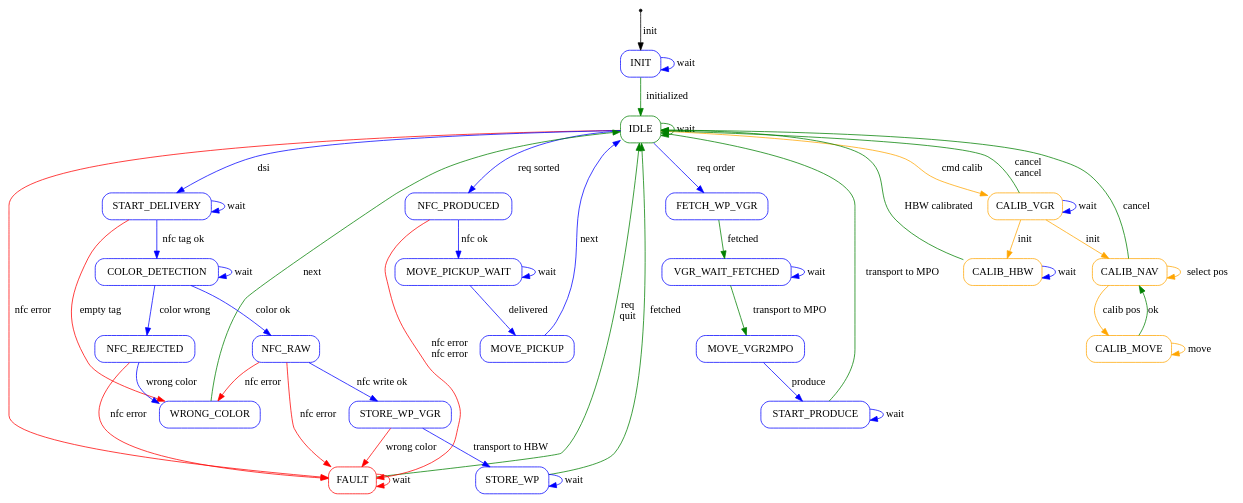
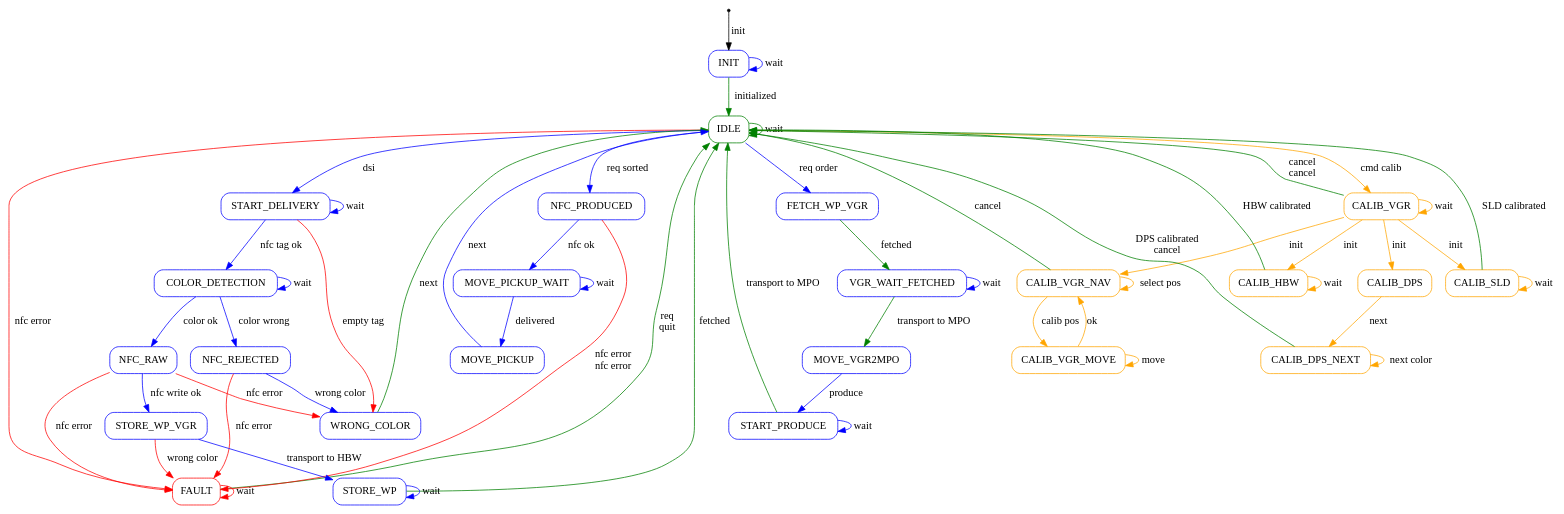
One commit to fischertechnik/txt_training_factory changed the diagram in TxtSmartFactoryLib/doc/DocFsm/TxtVacuumGripperRobotRun.gv. Above: the diagram before and after it, drawn with Graphviz. The commit also changed 45 other files, not shown here.

```diff
--- a/TxtSmartFactoryLib/doc/DocFsm/TxtVacuumGripperRobotRun.gv
+++ b/TxtSmartFactoryLib/doc/DocFsm/TxtVacuumGripperRobotRun.gv
@@ -1,74 +1,84 @@
 digraph "generated by DocFsm" {
 	node [shape = Mrecord];
 	IDLE_0 [color = green, label = "IDLE"];
 	FAULT_0 [color = red, label = "FAULT"];
 	INIT_0 [color = blue, label = "INIT"];
 	NFC_PRODUCED_0 [color = blue, label = "NFC_PRODUCED"];
 	FETCH_WP_VGR_0 [color = blue, label = "FETCH_WP_VGR"];
 	START_DELIVERY_0 [color = blue, label = "START_DELIVERY"];
 	CALIB_VGR_0 [color = orange, label = "CALIB_VGR"];
 	VGR_WAIT_FETCHED_0 [color = blue, label = "VGR_WAIT_FETCHED"];
 	MOVE_VGR2MPO_0 [color = blue, label = "MOVE_VGR2MPO"];
 	START_PRODUCE_0 [color = blue, label = "START_PRODUCE"];
 	WRONG_COLOR_0 [color = blue, label = "WRONG_COLOR"];
 	COLOR_DETECTION_0 [color = blue, label = "COLOR_DETECTION"];
 	NFC_RAW_0 [color = blue, label = "NFC_RAW"];
 	NFC_REJECTED_0 [color = blue, label = "NFC_REJECTED"];
 	STORE_WP_VGR_0 [color = blue, label = "STORE_WP_VGR"];
 	MOVE_PICKUP_WAIT_0 [color = blue, label = "MOVE_PICKUP_WAIT"];
 	MOVE_PICKUP_0 [color = blue, label = "MOVE_PICKUP"];
 	STORE_WP_0 [color = blue, label = "STORE_WP"];
 	CALIB_HBW_0 [color = orange, label = "CALIB_HBW"];
-	CALIB_NAV_0 [color = orange, label = "CALIB_NAV"];
-	CALIB_MOVE_0 [color = orange, label = "CALIB_MOVE"];
+	CALIB_VGR_NAV_0 [color = orange, label = "CALIB_VGR_NAV"];
+	CALIB_DPS_0 [color = orange, label = "CALIB_DPS"];
+	CALIB_SLD_0 [color = orange, label = "CALIB_SLD"];
+	CALIB_DPS_NEXT_0 [color = orange, label = "CALIB_DPS_NEXT"];
+	CALIB_VGR_MOVE_0 [color = orange, label = "CALIB_VGR_MOVE"];
 	entry0_0 [shape = point, label = "entry0"];
 	IDLE_0 -> FAULT_0 [color = red, label = "nfc error"];
 	IDLE_0 -> NFC_PRODUCED_0 [color = blue, label = "req sorted"];
 	IDLE_0 -> FETCH_WP_VGR_0 [color = blue, label = "req order"];
 	IDLE_0 -> START_DELIVERY_0 [color = blue, label = "dsi"];
 	IDLE_0 -> CALIB_VGR_0 [color = orange, label = "cmd calib"];
 	IDLE_0 -> IDLE_0 [color = green, label = "wait"];
 	FAULT_0 -> IDLE_0 [color = green, label = "req\nquit"];
 	FAULT_0 -> FAULT_0 [color = red, label = "wait"];
 	INIT_0 -> INIT_0 [color = blue, label = "wait"];
 	INIT_0 -> IDLE_0 [color = green, label = "initialized"];
 	NFC_PRODUCED_0 -> FAULT_0 [color = red, label = "nfc error\nnfc error"];
 	NFC_PRODUCED_0 -> MOVE_PICKUP_WAIT_0 [color = blue, label = "nfc ok"];
 	FETCH_WP_VGR_0 -> VGR_WAIT_FETCHED_0 [color = green, label = "fetched"];
 	START_DELIVERY_0 -> WRONG_COLOR_0 [color = red, label = "empty tag"];
 	START_DELIVERY_0 -> COLOR_DETECTION_0 [color = blue, label = "nfc tag ok"];
 	START_DELIVERY_0 -> START_DELIVERY_0 [color = blue, label = "wait"];
 	CALIB_VGR_0 -> CALIB_HBW_0 [color = orange, label = "init"];
-	CALIB_VGR_0 -> CALIB_NAV_0 [color = orange, label = "init"];
+	CALIB_VGR_0 -> CALIB_VGR_NAV_0 [color = orange, label = "init"];
+	CALIB_VGR_0 -> CALIB_DPS_0 [color = orange, label = "init"];
+	CALIB_VGR_0 -> CALIB_SLD_0 [color = orange, label = "init"];
 	CALIB_VGR_0 -> IDLE_0 [color = green, label = "cancel\ncancel"];
-	CALIB_VGR_0 -> CALIB_VGR_0 [color = blue, label = "wait"];
+	CALIB_VGR_0 -> CALIB_VGR_0 [color = orange, label = "wait"];
 	VGR_WAIT_FETCHED_0 -> MOVE_VGR2MPO_0 [color = green, label = "transport to MPO"];
 	VGR_WAIT_FETCHED_0 -> VGR_WAIT_FETCHED_0 [color = blue, label = "wait"];
 	MOVE_VGR2MPO_0 -> START_PRODUCE_0 [color = blue, label = "produce"];
 	START_PRODUCE_0 -> IDLE_0 [color = green, label = "transport to MPO"];
 	START_PRODUCE_0 -> START_PRODUCE_0 [color = blue, label = "wait"];
 	WRONG_COLOR_0 -> IDLE_0 [color = green, label = "next"];
 	COLOR_DETECTION_0 -> NFC_RAW_0 [color = blue, label = "color ok"];
 	COLOR_DETECTION_0 -> NFC_REJECTED_0 [color = blue, label = "color wrong"];
 	COLOR_DETECTION_0 -> COLOR_DETECTION_0 [color = blue, label = "wait"];
 	NFC_RAW_0 -> WRONG_COLOR_0 [color = red, label = "nfc error"];
 	NFC_RAW_0 -> FAULT_0 [color = red, label = "nfc error"];
 	NFC_RAW_0 -> STORE_WP_VGR_0 [color = blue, label = "nfc write ok"];
 	NFC_REJECTED_0 -> FAULT_0 [color = red, label = "nfc error"];
 	NFC_REJECTED_0 -> WRONG_COLOR_0 [color = blue, label = "wrong color"];
 	STORE_WP_VGR_0 -> FAULT_0 [color = red, label = "wrong color"];
 	STORE_WP_VGR_0 -> STORE_WP_0 [color = blue, label = "transport to HBW"];
 	MOVE_PICKUP_WAIT_0 -> MOVE_PICKUP_0 [color = blue, label = "delivered"];
 	MOVE_PICKUP_WAIT_0 -> MOVE_PICKUP_WAIT_0 [color = blue, label = "wait"];
 	MOVE_PICKUP_0 -> IDLE_0 [color = blue, label = "next"];
 	STORE_WP_0 -> IDLE_0 [color = green, label = "fetched"];
 	STORE_WP_0 -> STORE_WP_0 [color = blue, label = "wait"];
 	CALIB_HBW_0 -> IDLE_0 [color = green, label = "HBW calibrated"];
-	CALIB_HBW_0 -> CALIB_HBW_0 [color = blue, label = "wait"];
-	CALIB_NAV_0 -> IDLE_0 [color = green, label = "cancel"];
-	CALIB_NAV_0 -> CALIB_MOVE_0 [color = orange, label = "calib pos"];
-	CALIB_NAV_0 -> CALIB_NAV_0 [color = orange, label = "select pos"];
-	CALIB_MOVE_0 -> CALIB_MOVE_0 [color = orange, label = "move"];
-	CALIB_MOVE_0 -> CALIB_NAV_0 [color = green, label = "ok"];
+	CALIB_HBW_0 -> CALIB_HBW_0 [color = orange, label = "wait"];
+	CALIB_VGR_NAV_0 -> IDLE_0 [color = green, label = "cancel"];
+	CALIB_VGR_NAV_0 -> CALIB_VGR_MOVE_0 [color = orange, label = "calib pos"];
+	CALIB_VGR_NAV_0 -> CALIB_VGR_NAV_0 [color = orange, label = "select pos"];
+	CALIB_DPS_0 -> CALIB_DPS_NEXT_0 [color = orange, label = "next"];
+	CALIB_SLD_0 -> IDLE_0 [color = green, label = "SLD calibrated"];
+	CALIB_SLD_0 -> CALIB_SLD_0 [color = orange, label = "wait"];
+	CALIB_DPS_NEXT_0 -> IDLE_0 [color = green, label = "DPS calibrated\ncancel"];
+	CALIB_DPS_NEXT_0 -> CALIB_DPS_NEXT_0 [color = orange, label = "next color"];
+	CALIB_VGR_MOVE_0 -> CALIB_VGR_MOVE_0 [color = orange, label = "move"];
+	CALIB_VGR_MOVE_0 -> CALIB_VGR_NAV_0 [color = orange, label = "ok"];
 	entry0_0 -> INIT_0 [color = black, label = "init"];
 }
```
